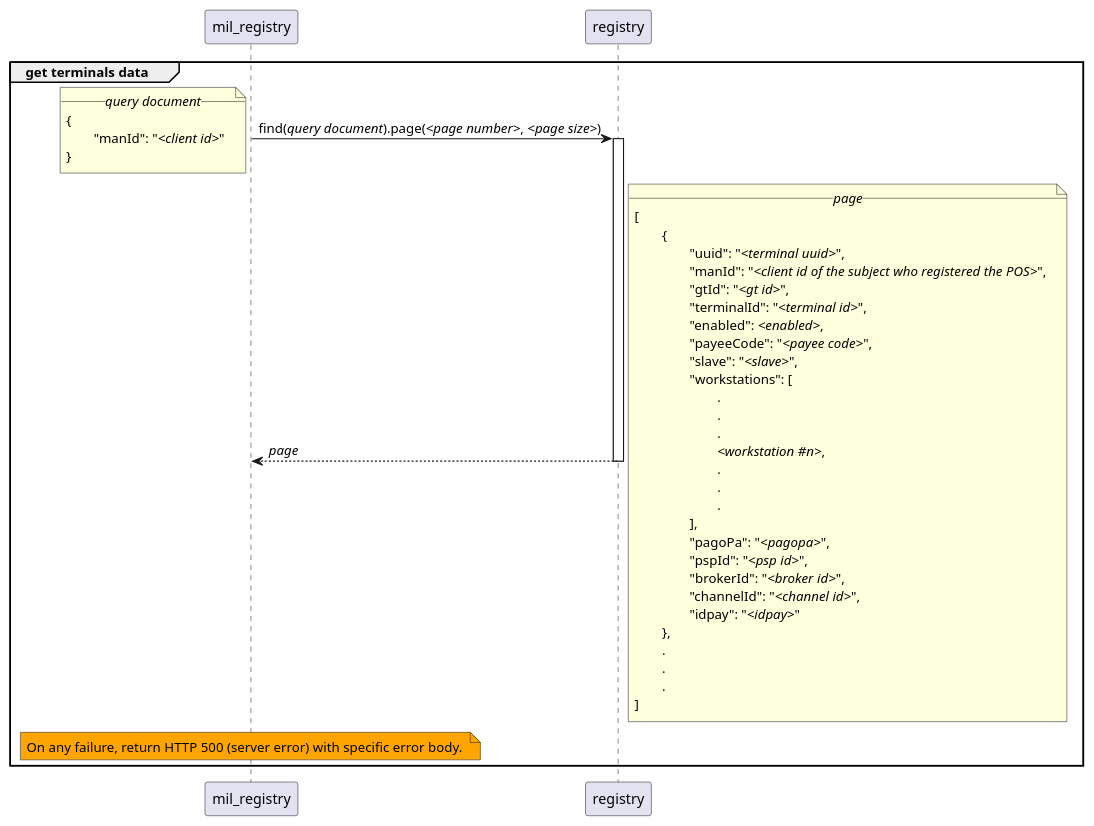
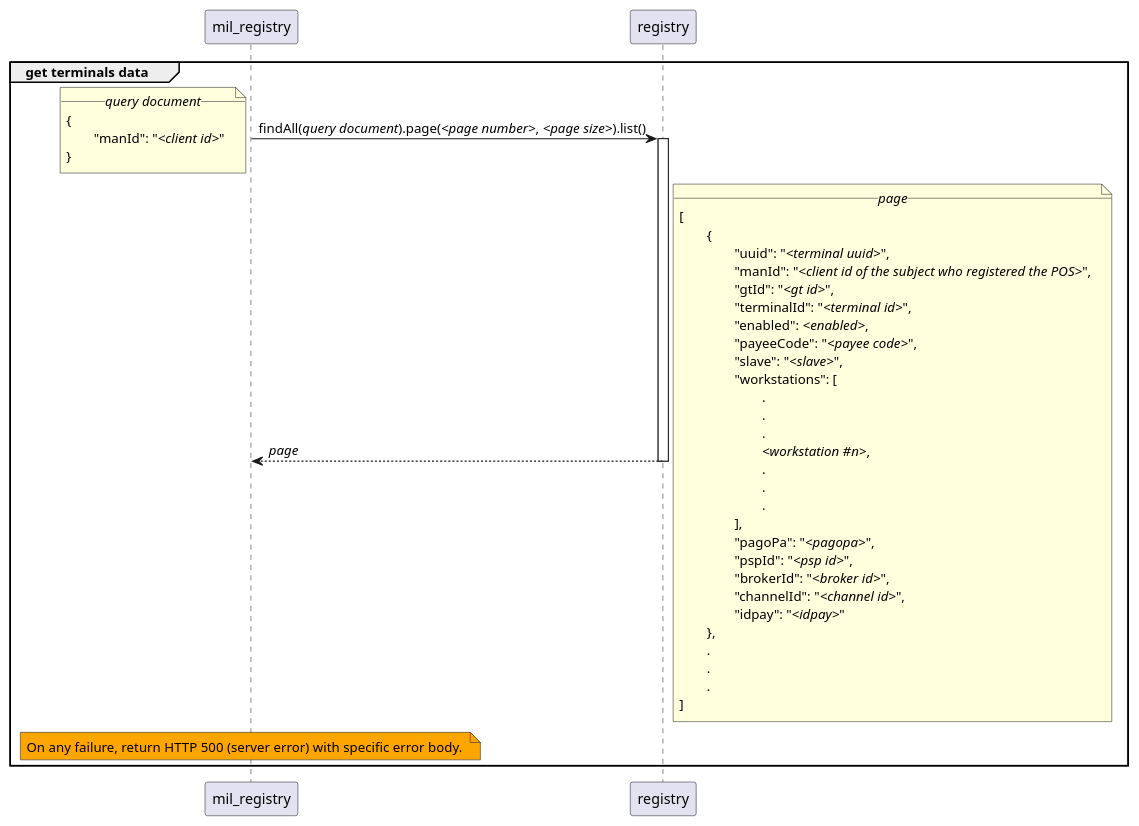
Before and after one commit to pagopa/mil-diags: the diagram in sequence_diags/pagoPA/pos_management/get_terminals_data_for_psp.puml, drawn with PlantUML. The commit also changed 5 other files, not shown here.

```diff
--- a/sequence_diags/pagoPA/pos_management/get_terminals_data_for_psp.puml
+++ b/sequence_diags/pagoPA/pos_management/get_terminals_data_for_psp.puml
@@ -1,46 +1,46 @@
 group get terminals data
-	mil_registry -> registry ++ : find(//query document//).page(//<page number>//, //<page size>//)
+	mil_registry -> registry ++ : findAll(//query document//).page(//<page number>//, //<page size>//).list()
 		note left
 			__//query document//__
 			{
 				"manId": "//<client id>//"
 			}
 		end note
 
 	registry --> mil_registry -- : //page//
 		note right
 			__//page//__
 			[
 				{
 					"uuid": "//<terminal uuid>//",
 					"manId": "//<client id of the subject who registered the POS>//",
 					"gtId": "//<gt id>//",
 					"terminalId": "//<terminal id>//",
 					"enabled": //<enabled>//,
 					"payeeCode": "//<payee code>//",
 					"slave": "//<slave>//",
 					"workstations": [
 						.
 						.
 						.
 						//<workstation #n>//,
 						.
 						.
 						.
 					],
 					"pagoPa": "//<pagopa>//",
 					"pspId": "//<psp id>//",
 					"brokerId": "//<broker id>//",
 					"channelId": "//<channel id>//",
 					"idpay": "//<idpay>//"
 				},
 				.
 				.
 				.
 			]
 		end note
 
 	note over mil_registry #Orange
 		On any failure, return HTTP 500 (server error) with specific error body. 
 	end note
 end
```
